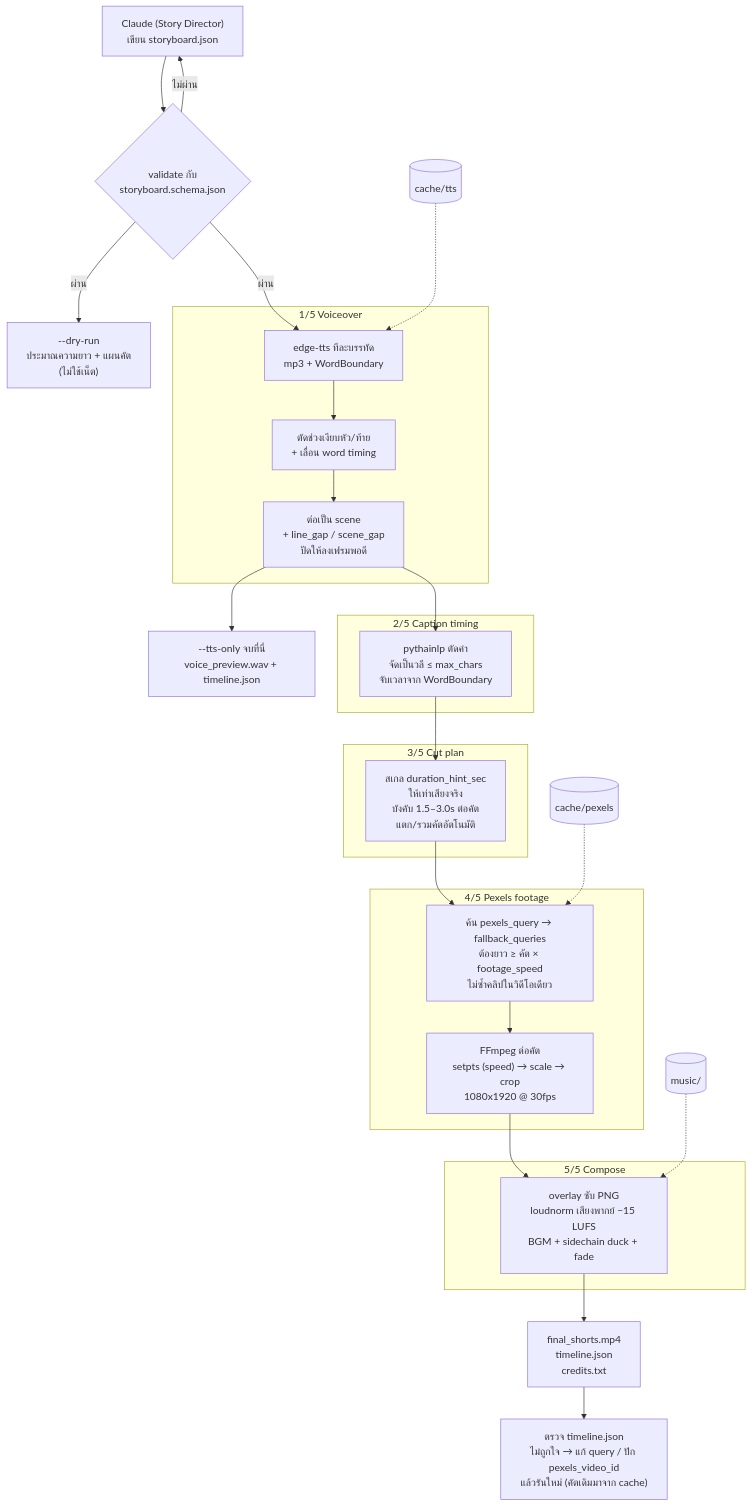
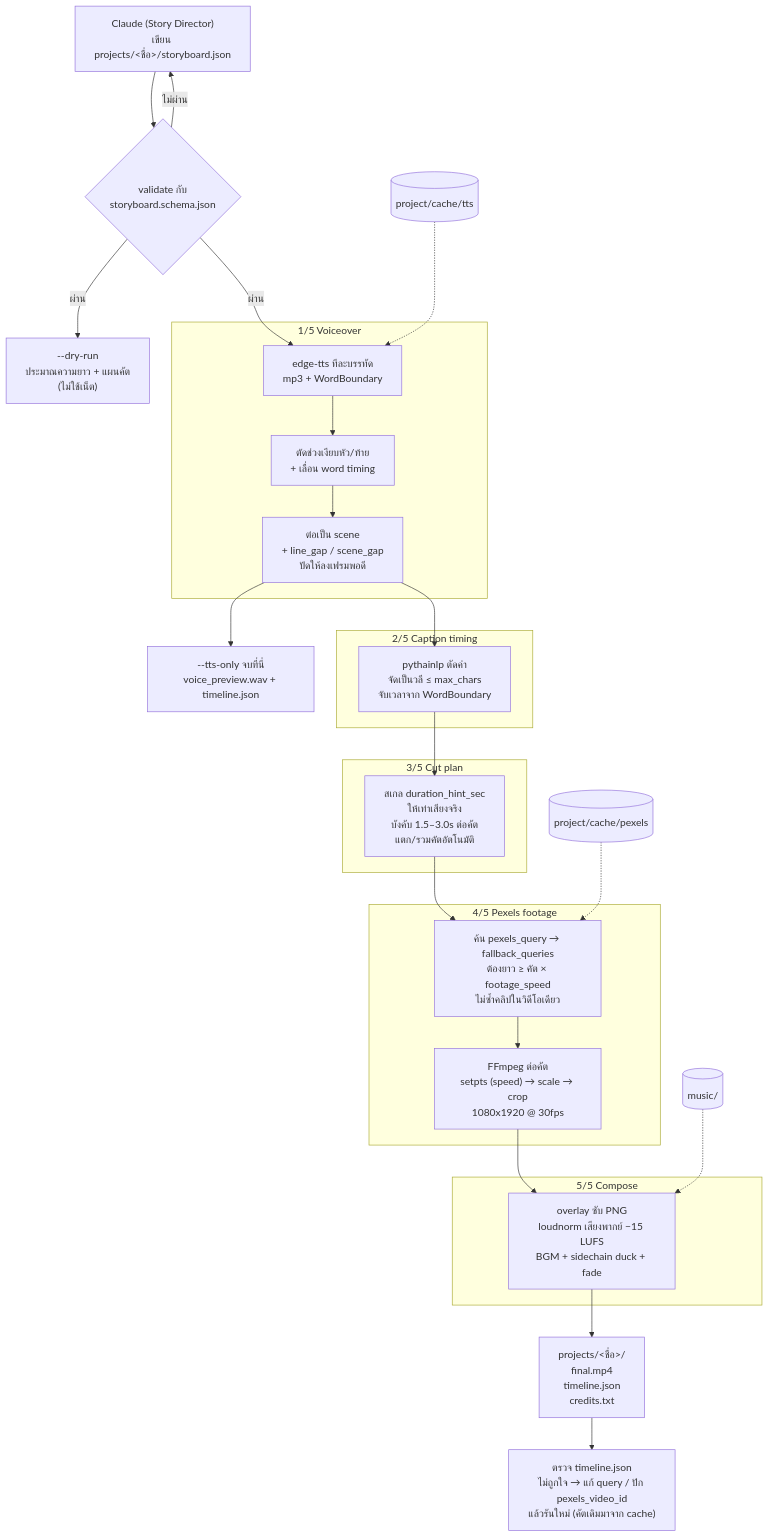
The diagram in docs/pipeline.md (kodchanat2/auto-shorts), drawn with Mermaid before and after one commit. The commit also changed other lines of this file and 4 other files, not shown here.

````diff
--- a/docs/pipeline.md
+++ b/docs/pipeline.md
@@ -7,38 +7,38 @@
 ```mermaid
 flowchart TD
-    A["Claude (Story Director)<br/>เขียน storyboard.json"] --> B{"validate กับ<br/>storyboard.schema.json"}
+    A["Claude (Story Director)<br/>เขียน projects/&lt;ชื่อ&gt;/storyboard.json"] --> B{"validate กับ<br/>storyboard.schema.json"}
     B -- ไม่ผ่าน --> A
     B -- ผ่าน --> DRY["--dry-run<br/>ประมาณความยาว + แผนคัต<br/>(ไม่ใช้เน็ต)"]
     B -- ผ่าน --> TTS
 
     subgraph S1["1/5 Voiceover"]
         TTS["edge-tts ทีละบรรทัด<br/>mp3 + WordBoundary"] --> TRIM["ตัดช่วงเงียบหัว/ท้าย<br/>+ เลื่อน word timing"]
         TRIM --> JOIN["ต่อเป็น scene<br/>+ line_gap / scene_gap<br/>ปัดให้ลงเฟรมพอดี"]
     end
 
     subgraph S2["2/5 Caption timing"]
         CAP["pythainlp ตัดคำ<br/>จัดเป็นวลี ≤ max_chars<br/>จับเวลาจาก WordBoundary"]
     end
 
     subgraph S3["3/5 Cut plan"]
         CUT["สเกล duration_hint_sec<br/>ให้เท่าเสียงจริง<br/>บังคับ 1.5–3.0s ต่อคัต<br/>แตก/รวมคัตอัตโนมัติ"]
     end
 
     subgraph S4["4/5 Pexels footage"]
         PX["ค้น pexels_query → fallback_queries<br/>ต้องยาว ≥ คัต × footage_speed<br/>ไม่ซ้ำคลิปในวิดีโอเดียว"] --> SEG["FFmpeg ต่อคัต<br/>setpts (speed) → scale → crop<br/>1080x1920 @ 30fps"]
     end
 
     subgraph S5["5/5 Compose"]
         MUX["overlay ซับ PNG<br/>loudnorm เสียงพากย์ −15 LUFS<br/>BGM + sidechain duck + fade"]
     end
 
     JOIN --> PREV["--tts-only จบที่นี่<br/>voice_preview.wav + timeline.json"]
     JOIN --> CAP --> CUT --> PX
     SEG --> MUX
-    MUX --> OUT["final_shorts.mp4<br/>timeline.json<br/>credits.txt"]
+    MUX --> OUT["projects/&lt;ชื่อ&gt;/<br/>final.mp4<br/>timeline.json<br/>credits.txt"]
 
-    C1[("cache/tts")] -.-> TTS
-    C2[("cache/pexels")] -.-> PX
+    C1[("project/cache/tts")] -.-> TTS
+    C2[("project/cache/pexels")] -.-> PX
     M[("music/")] -.-> MUX
     OUT --> REVIEW["ตรวจ timeline.json<br/>ไม่ถูกใจ → แก้ query / ปัก pexels_video_id<br/>แล้วรันใหม่ (คัตเดิมมาจาก cache)"]
 ```
````
